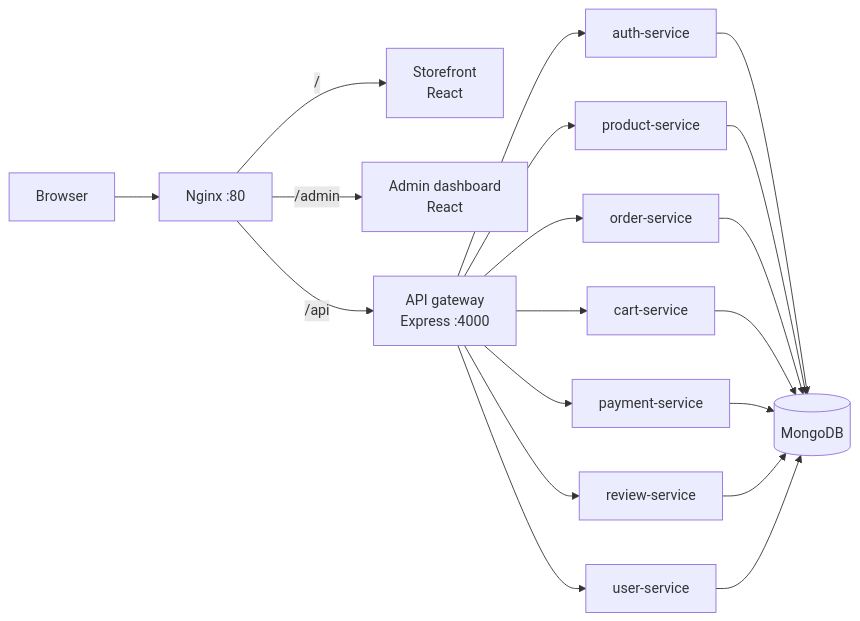
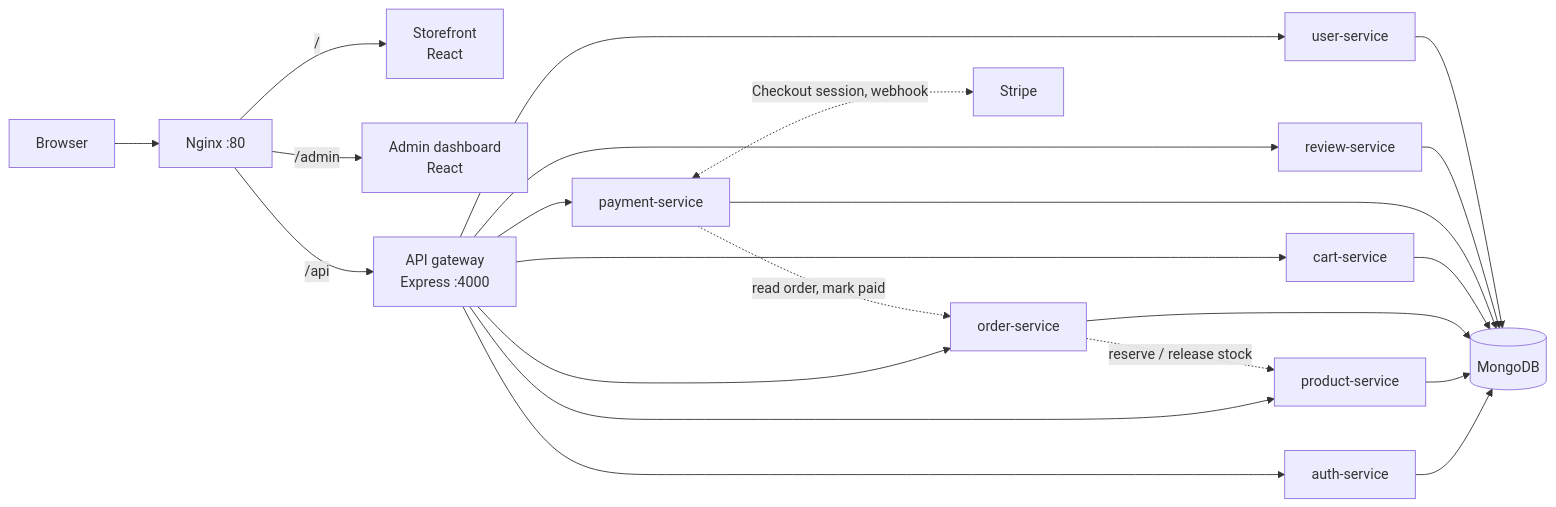
One commit to kmin344/ECB changed the diagram in README.md. Above: the diagram before and after it, drawn with Mermaid. The commit also changed other lines of this file and 27 other files, not shown here.

````diff
--- a/README.md
+++ b/README.md
@@ -13,15 +13,18 @@
 ```mermaid
 graph LR
     Browser --> Nginx[Nginx :80]
     Nginx -->|/| Store[Storefront<br/>React]
     Nginx -->|/admin| Admin[Admin dashboard<br/>React]
     Nginx -->|/api| GW[API gateway<br/>Express :4000]
     GW --> Auth[auth-service]
     GW --> Product[product-service]
     GW --> Order[order-service]
     GW --> Cart[cart-service]
     GW --> Payment[payment-service]
     GW --> Review[review-service]
     GW --> User[user-service]
     Auth & Product & Order & Cart & Payment & Review & User --> Mongo[(MongoDB)]
+    Order -.->|reserve / release stock| Product
+    Payment -.->|read order, mark paid| Order
+    Payment <-.->|Checkout session, webhook| Stripe[Stripe]
 ```
````
